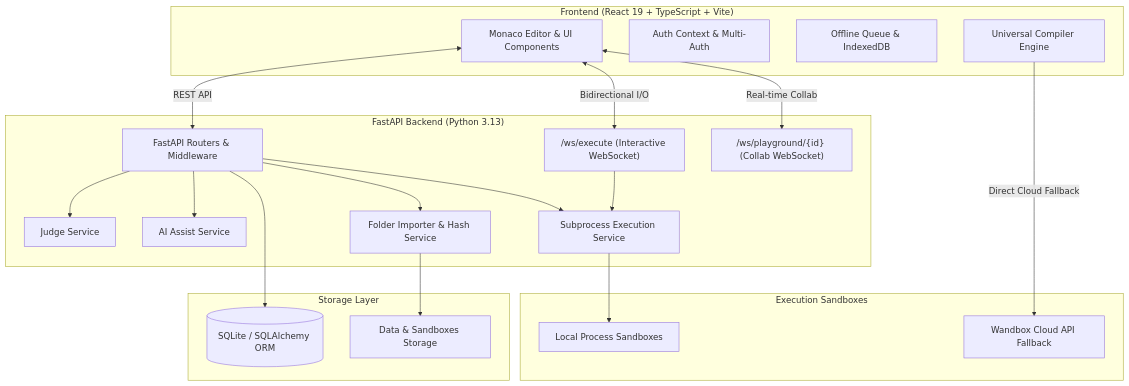
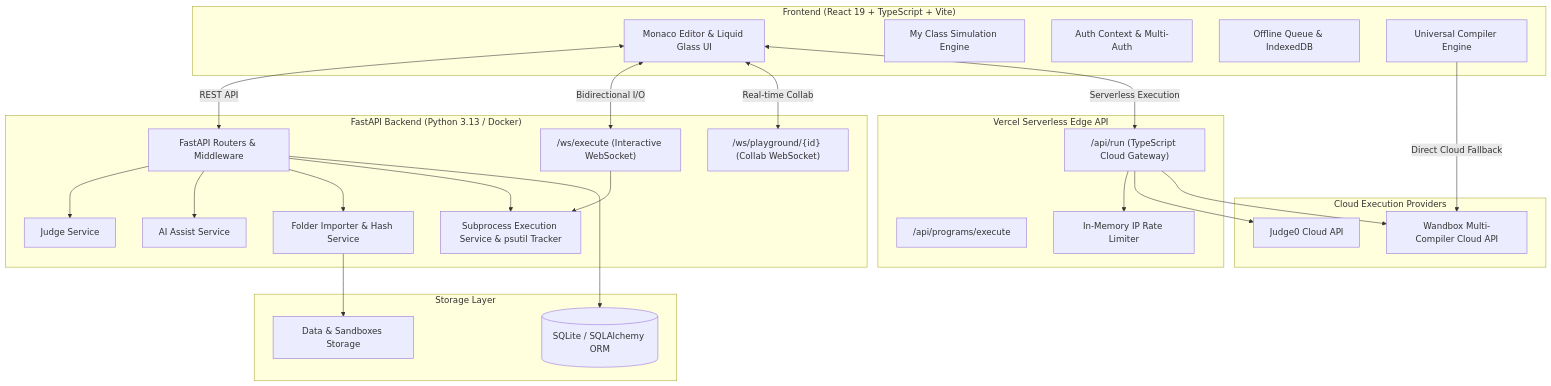
One commit to RupanjanDutta2006/Code changed the first of 5 diagrams in brain.md. Above: the diagram before and after it, drawn with Mermaid. The commit also changed other lines of this file and 5 other files, not shown here.

````diff
--- a/brain.md
+++ b/brain.md
@@ -68,42 +73,52 @@
 ```mermaid
 flowchart TB
     subgraph Frontend["Frontend (React 19 + TypeScript + Vite)"]
-        UI[Monaco Editor & UI Components]
+        UI[Monaco Editor & Liquid Glass UI]
+        SimEngine[My Class Simulation Engine]
         AuthCtx[Auth Context & Multi-Auth]
         OffCtx[Offline Queue & IndexedDB]
         CompEng[Universal Compiler Engine]
     end
 
-    subgraph Backend["FastAPI Backend (Python 3.13)"]
+    subgraph ServerlessEdge["Vercel Serverless Edge API"]
+        EdgeRun["/api/run (TypeScript Cloud Gateway)"]
+        EdgeProg["/api/programs/execute"]
+        RateLimiter[In-Memory IP Rate Limiter]
+    end
+
+    subgraph Backend["FastAPI Backend (Python 3.13 / Docker)"]
         API[FastAPI Routers & Middleware]
         WSExec["/ws/execute (Interactive WebSocket)"]
         WSPlay["/ws/playground/{id} (Collab WebSocket)"]
         JudgeSvc[Judge Service]
         AISvc[AI Assist Service]
         ImportSvc[Folder Importer & Hash Service]
-        ExecSvc[Subprocess Execution Service]
+        ExecSvc[Subprocess Execution Service & psutil Tracker]
     end
 
-    subgraph Sandbox["Execution Sandboxes"]
-        SubProc[Local Process Sandboxes]
-        Wandbox[Wandbox Cloud API Fallback]
+    subgraph CloudEngines["Cloud Execution Providers"]
+        Judge0[Judge0 Cloud API]
+        Wandbox[Wandbox Multi-Compiler Cloud API]
     end
 
-    subgraph Database["Storage Layer"]
+    subgraph Storage["Storage Layer"]
         SQLite[(SQLite / SQLAlchemy ORM)]
         DataDir[Data & Sandboxes Storage]
     end
 
     UI <-->|REST API| API
     UI <-->|Bidirectional I/O| WSExec
     UI <-->|Real-time Collab| WSPlay
+    UI <-->|Serverless Execution| EdgeRun
+    EdgeRun --> RateLimiter
+    EdgeRun --> Judge0
+    EdgeRun --> Wandbox
     CompEng -->|Direct Cloud Fallback| Wandbox
     API --> JudgeSvc
     API --> AISvc
     API --> ImportSvc
     API --> ExecSvc
     WSExec --> ExecSvc
-    ExecSvc --> SubProc
     API --> SQLite
     ImportSvc --> DataDir
 ```
````
